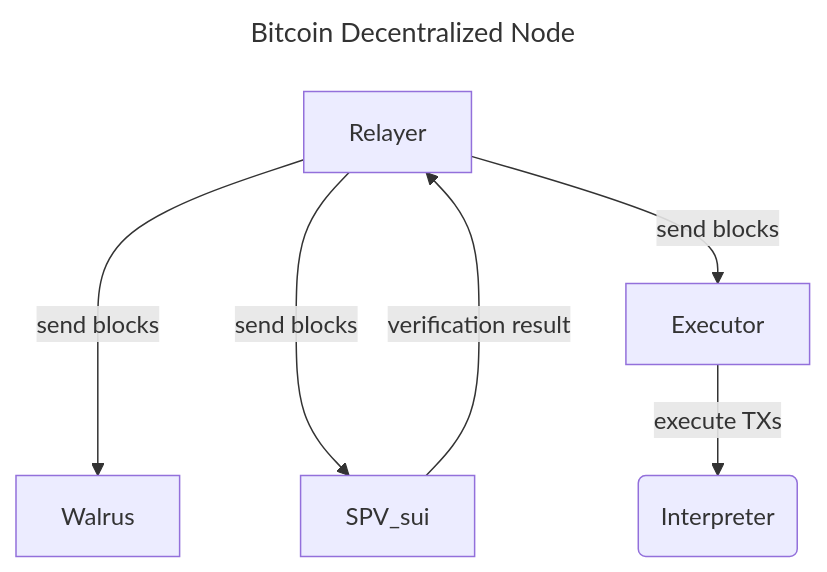
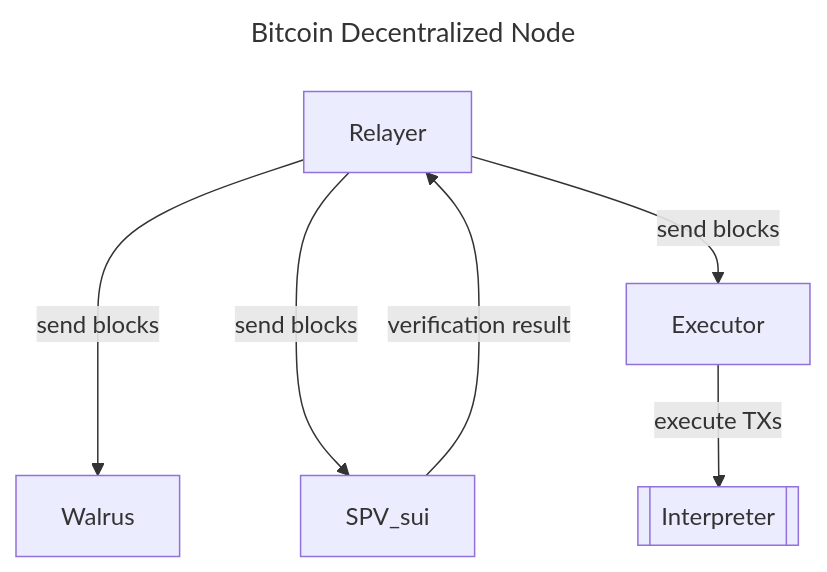
One commit to gonative-cc/sui-native changed the second of 3 diagrams in bitcoin_executor/README.md. Above: the diagram before and after it, drawn with Mermaid.

````diff
--- a/bitcoin_executor/README.md
+++ b/bitcoin_executor/README.md
@@ -29,12 +29,12 @@
 ```mermaid
 ---
 title: Bitcoin Decentralized Node
 ---
 flowchart
     Relayer -- send blocks ---> Walrus
     Relayer -- send blocks ---> SPV_sui
     SPV_sui -- verification result --> Relayer
     Relayer -- send blocks --> Executor
 
-    Executor -- execute TXs --> Interpreter(Interpreter)
+    Executor -- execute TXs --> Interpreter[[Interpreter]]
 ```
````
